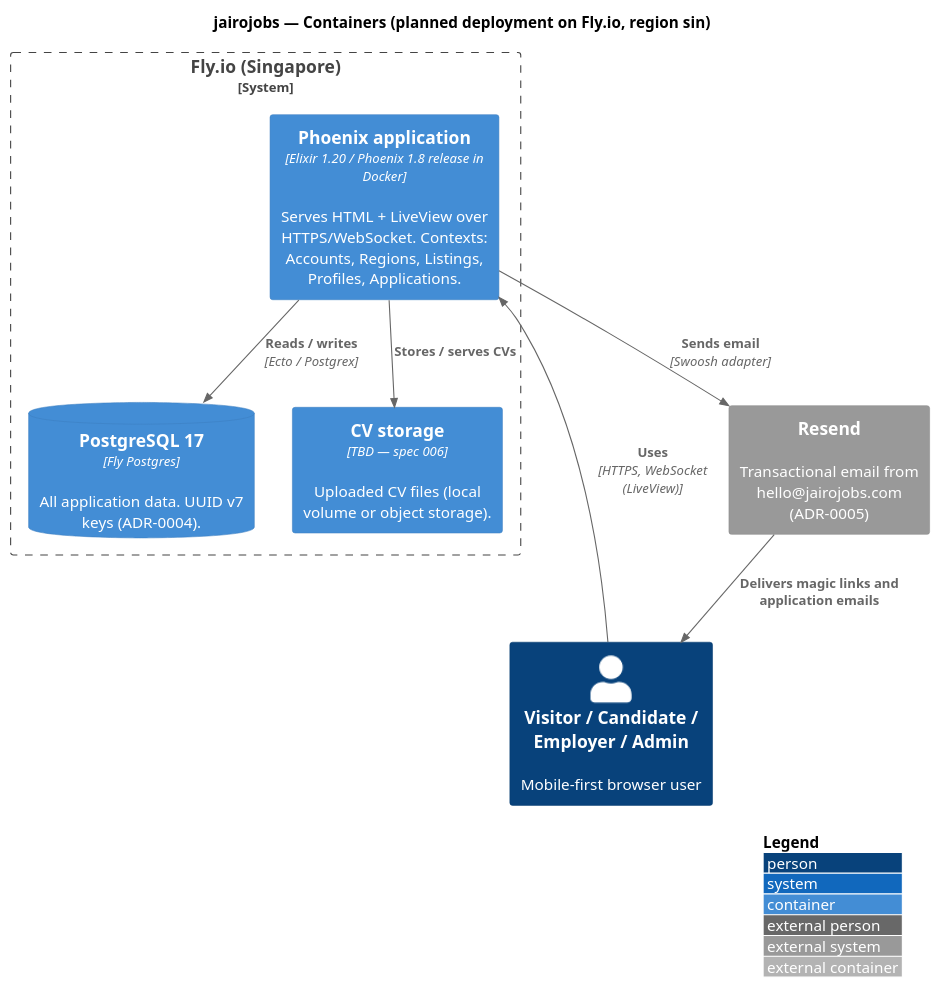
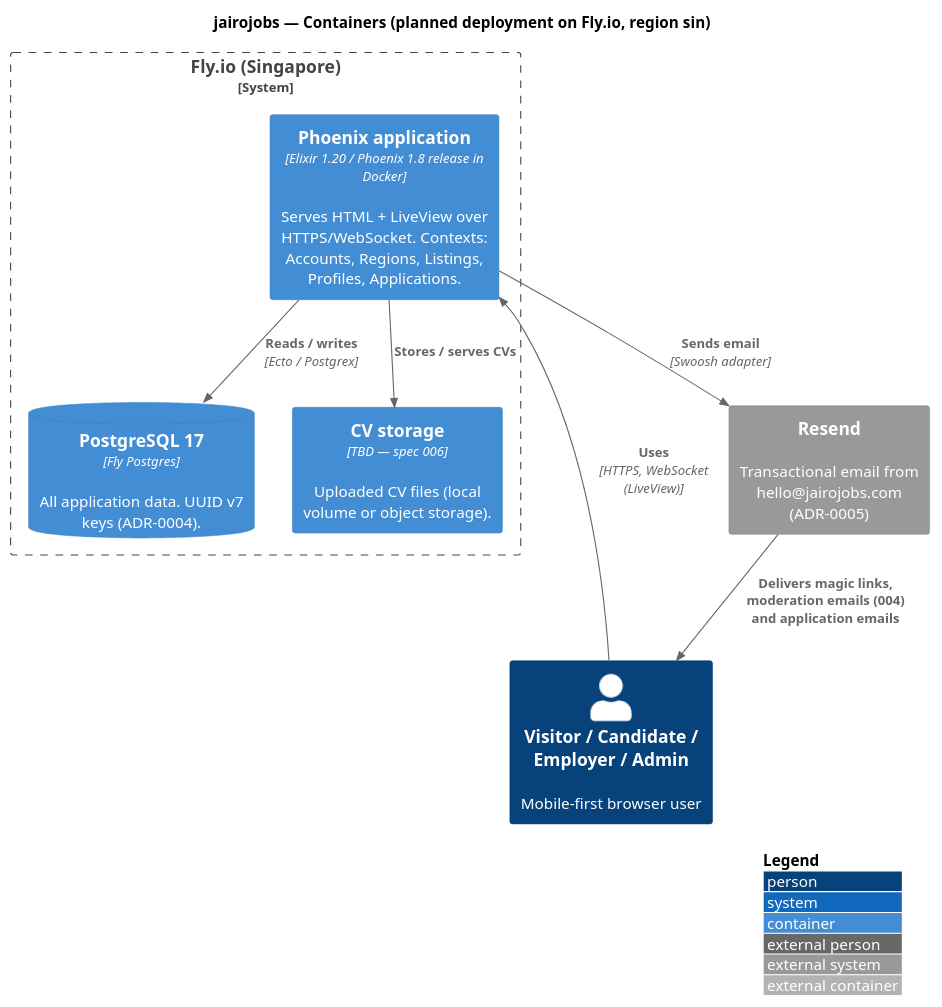
Before and after one commit to raseniero/jairojobs-elixir: the diagram in docs/architecture/diagrams/src/c4-container-system.puml, drawn with PlantUML. The commit also changed 23 other files, not shown here.

Commit message:
docs(spec 004): architecture and earlier specs brought in line

```diff
--- a/docs/architecture/diagrams/src/c4-container-system.puml
+++ b/docs/architecture/diagrams/src/c4-container-system.puml
@@ -1,26 +1,26 @@
 @startuml c4-container-system
 ' C4 Level 2 — Containers. The deployable pieces and how they talk.
 ' Source of truth: docs/architecture/overview.md, ADR-0002, ADR-0003
 !include <C4/C4_Container>
 
 LAYOUT_WITH_LEGEND()
 
 title jairojobs — Containers (planned deployment on Fly.io, region sin)
 
 Person(user, "Visitor / Candidate / Employer / Admin", "Mobile-first browser user")
 
 System_Boundary(fly, "Fly.io (Singapore)") {
   Container(app, "Phoenix application", "Elixir 1.20 / Phoenix 1.8 release in Docker", "Serves HTML + LiveView over HTTPS/WebSocket. Contexts: Accounts, Regions, Listings, Profiles, Applications.")
   ContainerDb(db, "PostgreSQL 17", "Fly Postgres", "All application data. UUID v7 keys (ADR-0004).")
   Container(files, "CV storage", "TBD — spec 006", "Uploaded CV files (local volume or object storage).")
 }
 
 System_Ext(email, "Resend", "Transactional email from hello@jairojobs.com (ADR-0005)")
 
 Rel(user, app, "Uses", "HTTPS, WebSocket (LiveView)")
 Rel(app, db, "Reads / writes", "Ecto / Postgrex")
 Rel(app, files, "Stores / serves CVs")
 Rel(app, email, "Sends email", "Swoosh adapter")
-Rel(email, user, "Delivers magic links and application emails")
+Rel(email, user, "Delivers magic links, moderation emails (004) and application emails")
 
 @enduml
```
